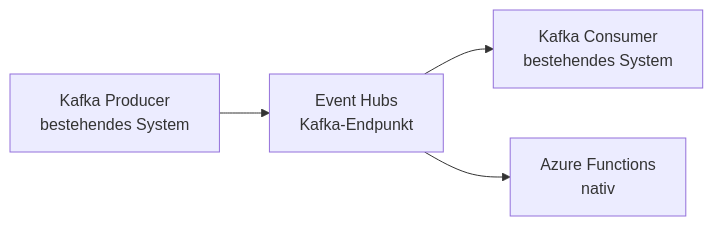
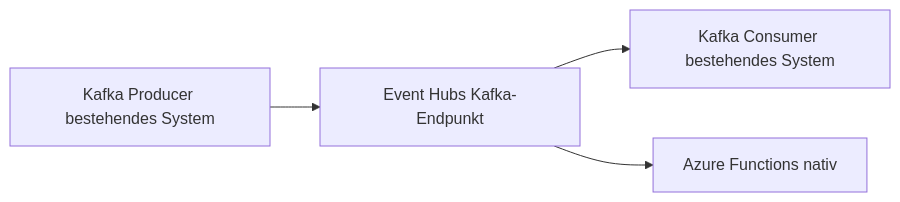
Before and after one commit to SoniiiT/notes-n-docs: the fifth of 5 diagrams in Microsoft 365/Azure/Integration und Messaging/Azure Event Hubs.md, drawn with Mermaid. The commit also changed other lines of this file and 124 other files, not shown here.

First line of the commit message:
fix: Entferne \n aus allen Mermaid-Diagrammen (125 Dateien)

````diff
--- a/Microsoft 365/Azure/Integration und Messaging/Azure Event Hubs.md
+++ b/Microsoft 365/Azure/Integration und Messaging/Azure Event Hubs.md
@@ -180,6 +180,6 @@
 ```mermaid
 flowchart LR
-    KA[Kafka Producer\nbestehendes System] --> EH[Event Hubs\nKafka-Endpunkt]
-    EH --> KB[Kafka Consumer\nbestehendes System]
-    EH --> FA[Azure Functions\nnativ]
+    KA[Kafka Producer bestehendes System] --> EH[Event Hubs Kafka-Endpunkt]
+    EH --> KB[Kafka Consumer bestehendes System]
+    EH --> FA[Azure Functions nativ]
 ```
````
